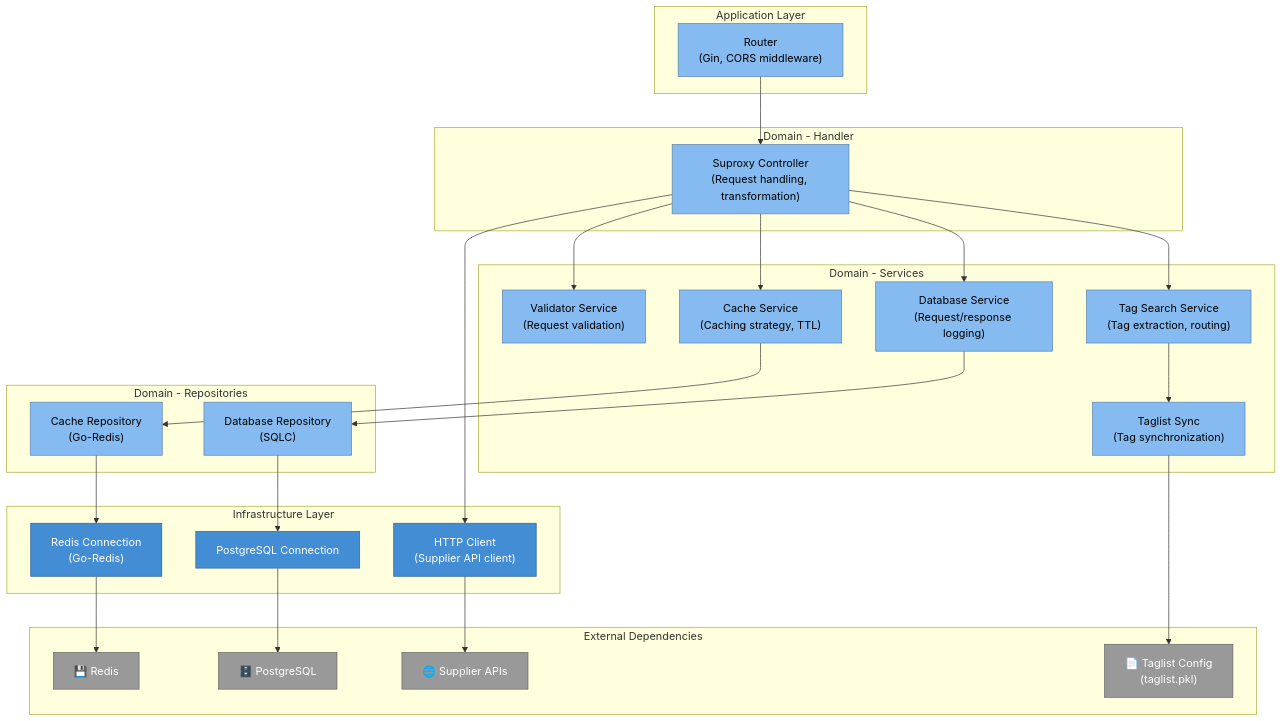
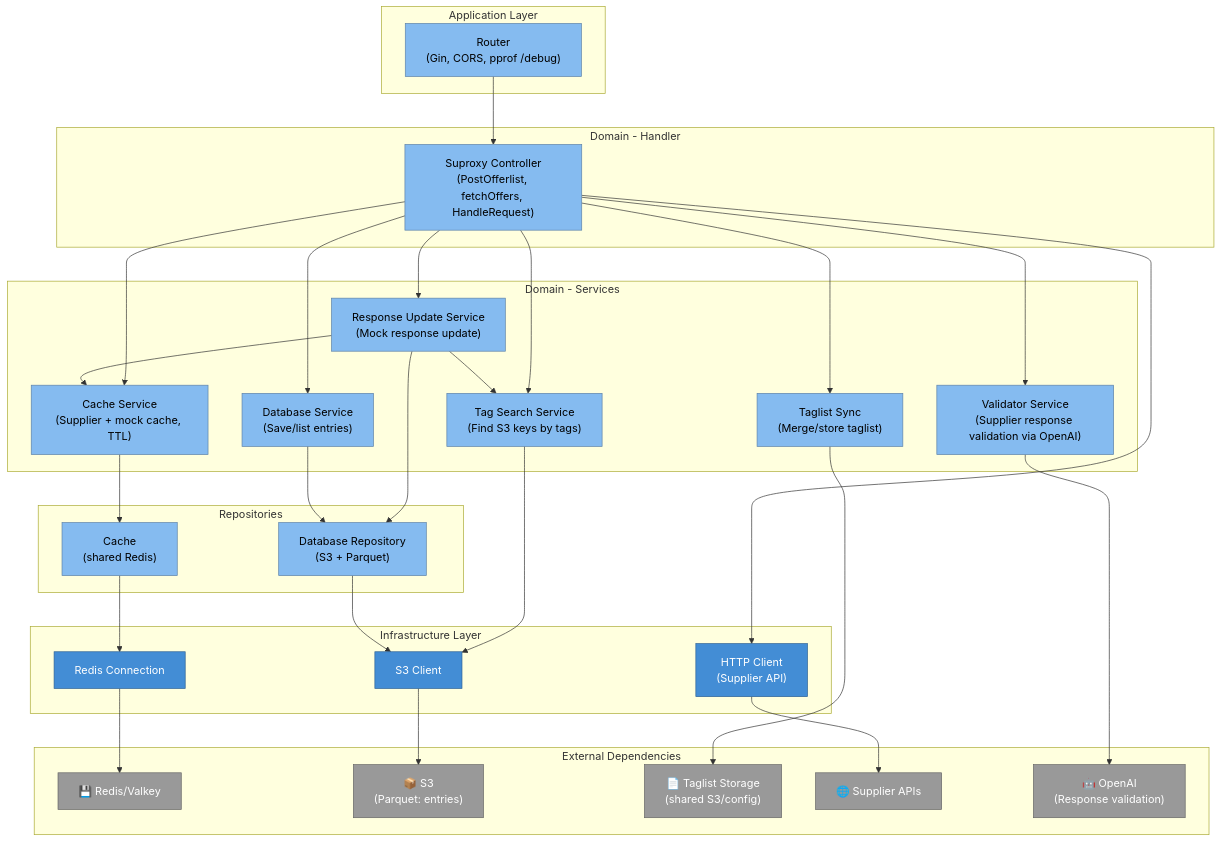
Before and after one commit to Skzter/smart: the diagram in docs/architecture/03-component/diagrams/suproxy.mmd, drawn with Mermaid. The commit also changed 21 other files, not shown here.

First line of the commit message:
docs(docs#156): update architecture documentation for Autotester, MCP, and Suproxy components

```diff
--- a/docs/architecture/03-component/diagrams/suproxy.mmd
+++ b/docs/architecture/03-component/diagrams/suproxy.mmd
@@ -1,64 +1,72 @@
 graph TB
     subgraph Application["Application Layer"]
-        Router["Router<br/>(Gin, CORS middleware)"]
+        Router["Router<br/>(Gin, CORS, pprof /debug)"]
     end
 
     subgraph Handlers["Domain - Handler"]
-        Controller["Suproxy Controller<br/>(Request handling, transformation)"]
+        Controller["Suproxy Controller<br/>(PostOfferlist, fetchOffers, HandleRequest)"]
     end
 
     subgraph Services["Domain - Services"]
-        Validator["Validator Service<br/>(Request validation)"]
-        TagSearch["Tag Search Service<br/>(Tag extraction, routing)"]
-        TaglistSync["Taglist Sync<br/>(Tag synchronization)"]
-        CacheSvc["Cache Service<br/>(Caching strategy, TTL)"]
-        DBSvc["Database Service<br/>(Request/response logging)"]
+        Validator["Validator Service<br/>(Supplier response validation via OpenAI)"]
+        TagSearch["Tag Search Service<br/>(Find S3 keys by tags)"]
+        TaglistSync["Taglist Sync<br/>(Merge/store taglist)"]
+        CacheSvc["Cache Service<br/>(Supplier + mock cache, TTL)"]
+        DBSvc["Database Service<br/>(Save/list entries)"]
+        ResponseUpdate["Response Update Service<br/>(Mock response update)"]
     end
 
-    subgraph Repositories["Domain - Repositories"]
-        CacheRepo["Cache Repository<br/>(Go-Redis)"]
-        DBRepo["Database Repository<br/>(SQLC)"]
+    subgraph Repositories["Repositories"]
+        CacheRepo["Cache<br/>(shared Redis)"]
+        DBRepo["Database Repository<br/>(S3 + Parquet)"]
     end
 
     subgraph Infrastructure["Infrastructure Layer"]
-        RedisConn["Redis Connection<br/>(Go-Redis)"]
-        PostgresConn["PostgreSQL Connection"]
-        HTTPClient["HTTP Client<br/>(Supplier API client)"]
+        RedisConn["Redis Connection"]
+        S3Conn["S3 Client"]
+        HTTPClient["HTTP Client<br/>(Supplier API)"]
     end
 
     subgraph External["External Dependencies"]
-        Redis["💾 Redis"]
-        Postgres["🗄️ PostgreSQL"]
+        Redis["💾 Redis/Valkey"]
+        S3["📦 S3<br/>(Parquet: entries)"]
+        TaglistStorage["📄 Taglist Storage<br/>(shared S3/config)"]
         Supplier["🌐 Supplier APIs"]
-        TaglistConfig["📄 Taglist Config<br/>(taglist.pkl)"]
+        OpenAI["🤖 OpenAI<br/>(Response validation)"]
     end
 
     Router --> Controller
 
     Controller --> Validator
     Controller --> TagSearch
     Controller --> CacheSvc
     Controller --> DBSvc
+    Controller --> ResponseUpdate
     Controller --> HTTPClient
+    Controller --> TaglistSync
 
-    TagSearch --> TaglistSync
+    ResponseUpdate --> TagSearch
+    ResponseUpdate --> CacheSvc
+    ResponseUpdate --> DBRepo
+
+    TagSearch --> S3Conn
+    TaglistSync --> TaglistStorage
     CacheSvc --> CacheRepo
     DBSvc --> DBRepo
-    TaglistSync --> TaglistConfig
+    DBRepo --> S3Conn
 
     CacheRepo --> RedisConn
-    DBRepo --> PostgresConn
-
     RedisConn --> Redis
-    PostgresConn --> Postgres
+    S3Conn --> S3
     HTTPClient --> Supplier
+    Validator --> OpenAI
 
     classDef component fill:#85bbf0,stroke:#5d82a8,color:#000000
     classDef infrastructure fill:#438dd5,stroke:#2e6295,color:#ffffff
     classDef external fill:#999999,stroke:#666666,color:#ffffff
 
     class Router,Controller component
-    class Validator,TagSearch,TaglistSync,CacheSvc,DBSvc component
+    class Validator,TagSearch,TaglistSync,CacheSvc,DBSvc,ResponseUpdate component
     class CacheRepo,DBRepo component
-    class RedisConn,PostgresConn,HTTPClient infrastructure
-    class Redis,Postgres,Supplier,TaglistConfig external
+    class RedisConn,S3Conn,HTTPClient infrastructure
+    class Redis,S3,TaglistStorage,Supplier,OpenAI external
```
